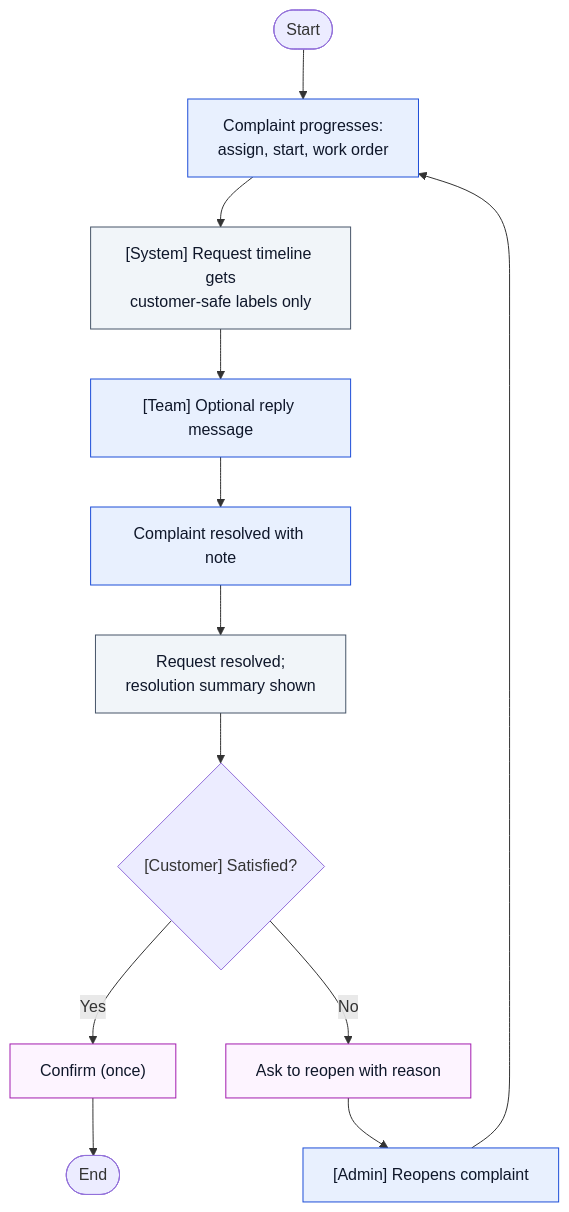
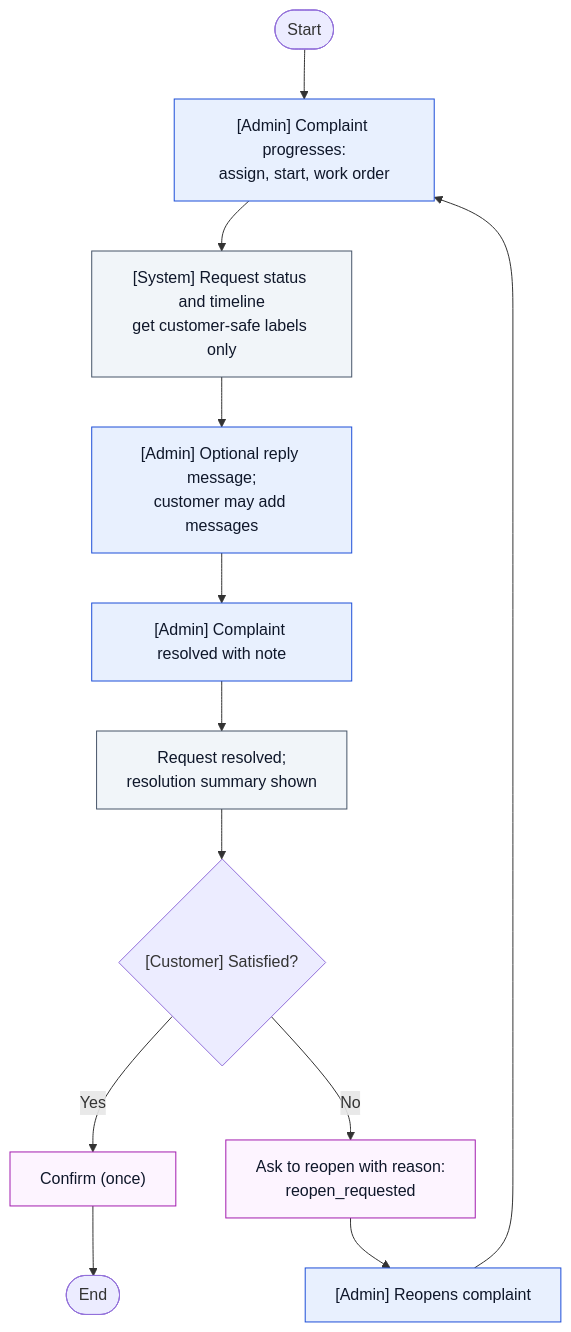
One commit to tsforcetech/FMS changed the diagram in docs/help/diagrams/wf-42.mmd. Above: the diagram before and after it, drawn with Mermaid. The commit also changed 79 other files, not shown here.

First line of the commit message:
Phase 9: workflow diagrams verified against the code (37 corrected)

```diff
--- a/docs/help/diagrams/wf-42.mmd
+++ b/docs/help/diagrams/wf-42.mmd
@@ -1,19 +1,19 @@
 %% title: Customer request resolution
 %% articles: customer.confirm,cases.customer-requests,customer.updates
-%% sources: apps/admin-web/src/management/customerStore.ts,apps/admin-web/src/management/casesStore.ts
+%% sources: apps/admin-web/src/management/customerStore.ts,apps/admin-web/src/management/casesStore.ts,apps/admin-web/src/management/Operations.tsx,apps/customer-web/src/App.tsx,packages/shared/src/reports.ts
 flowchart TD
-  S([Start]) --> A["Complaint progresses:<br/>assign, start, work order"]:::admin
-  A --> B["[System] Request timeline gets<br/>customer-safe labels only"]:::system
-  B --> C["[Team] Optional reply message"]:::admin
-  C --> D["Complaint resolved with note"]:::admin
+  S([Start]) --> A["[Admin] Complaint progresses:<br/>assign, start, work order"]:::admin
+  A --> B["[System] Request status and timeline<br/>get customer-safe labels only"]:::system
+  B --> C["[Admin] Optional reply message;<br/>customer may add messages"]:::admin
+  C --> D["[Admin] Complaint resolved with note"]:::admin
   D --> E["Request resolved;<br/>resolution summary shown"]:::system
   E --> F{"[Customer] Satisfied?"}
   F -- Yes --> G["Confirm (once)"]:::customer --> X([End])
-  F -- No --> H["Ask to reopen with reason"]:::customer
+  F -- No --> H["Ask to reopen with reason:<br/>reopen_requested"]:::customer
   H --> I["[Admin] Reopens complaint"]:::admin --> A
   classDef admin fill:#e8f0fe,stroke:#1d4ed8,color:#0f172a
   classDef staff fill:#ecfdf5,stroke:#047857,color:#0f172a
   classDef customer fill:#fdf4ff,stroke:#a21caf,color:#0f172a
   classDef platform fill:#fff7ed,stroke:#c2410c,color:#0f172a
   classDef system fill:#f1f5f9,stroke:#475569,color:#0f172a
   classDef stop fill:#fee2e2,stroke:#b91c1c,color:#0f172a
```
